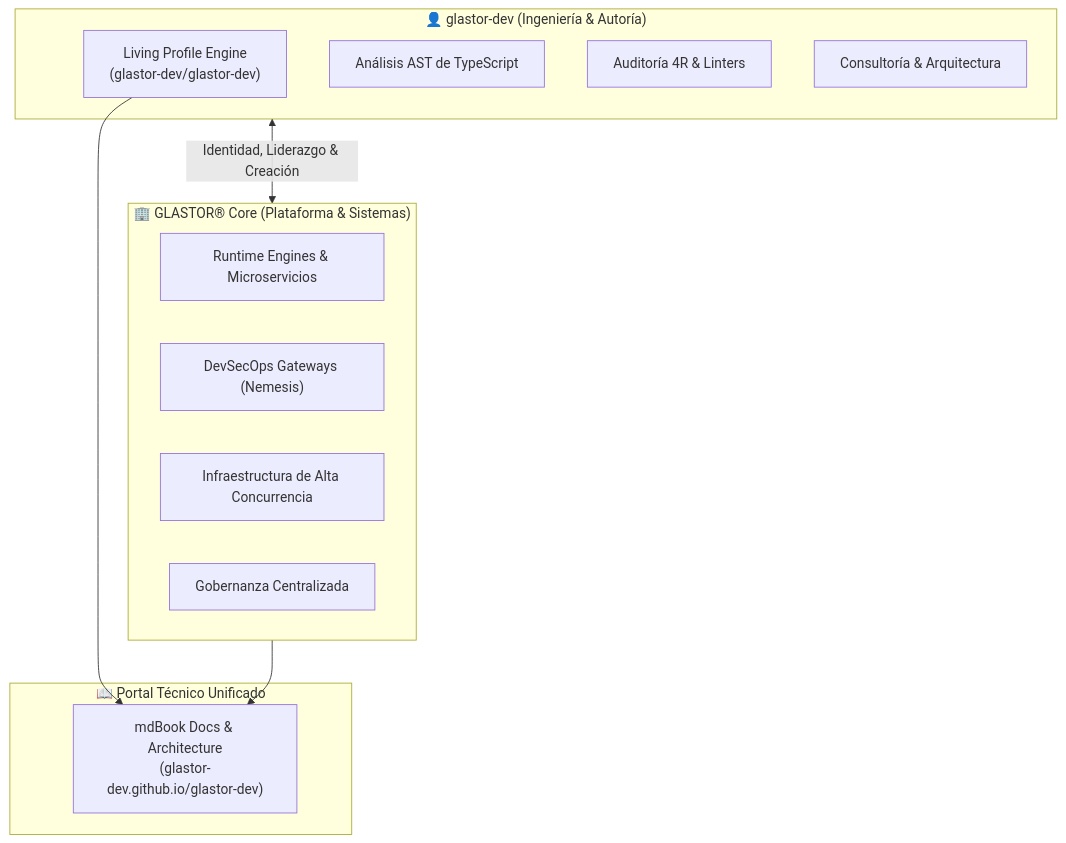
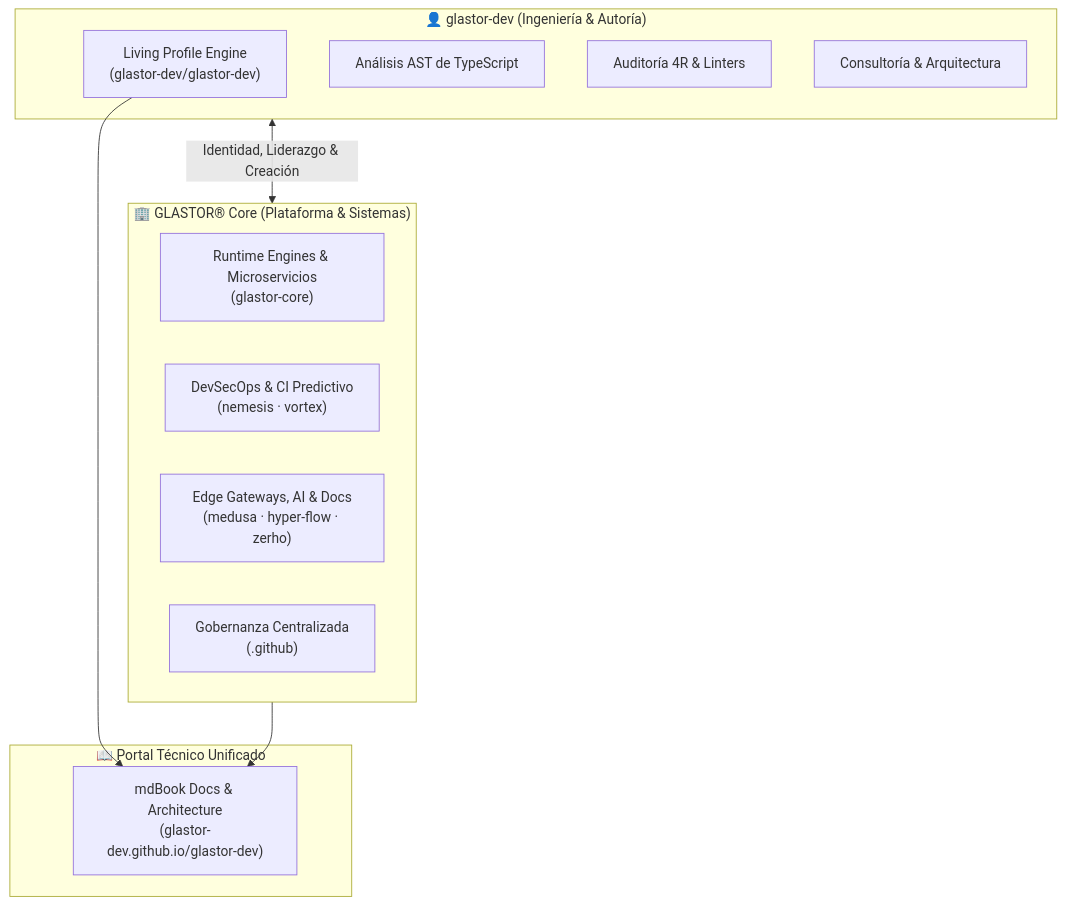
One commit to glastor-dev/glastor-dev changed the diagram in book/src/ecosistema.md. Above: the diagram before and after it, drawn with Mermaid. The commit also changed other lines of this file and 8 other files, not shown here.

````diff
--- a/book/src/ecosistema.md
+++ b/book/src/ecosistema.md
@@ -11,24 +11,24 @@
 ```mermaid
 graph TD
     subgraph Personal ["👤 glastor-dev (Ingeniería & Autoría)"]
         A["Living Profile Engine<br/>(glastor-dev/glastor-dev)"]
         B["Análisis AST de TypeScript"]
         C["Auditoría 4R & Linters"]
         D["Consultoría & Arquitectura"]
     end
 
     subgraph Hub ["📖 Portal Técnico Unificado"]
         DOC["mdBook Docs & Architecture<br/>(glastor-dev.github.io/glastor-dev)"]
     end
 
     subgraph Org ["🏢 GLASTOR® Core (Plataforma & Sistemas)"]
-        E["Runtime Engines & Microservicios"]
-        F["DevSecOps Gateways (Nemesis)"]
-        G["Infraestructura de Alta Concurrencia"]
-        H["Gobernanza Centralizada"]
+        E["Runtime Engines & Microservicios<br/>(glastor-core)"]
+        F["DevSecOps & CI Predictivo<br/>(nemesis · vortex)"]
+        G["Edge Gateways, AI & Docs<br/>(medusa · hyper-flow · zerho)"]
+        H["Gobernanza Centralizada<br/>(.github)"]
     end
 
     A --> DOC
     Org --> DOC
     Personal <-->|"Identidad, Liderazgo & Creación"| Org
 ```
````
